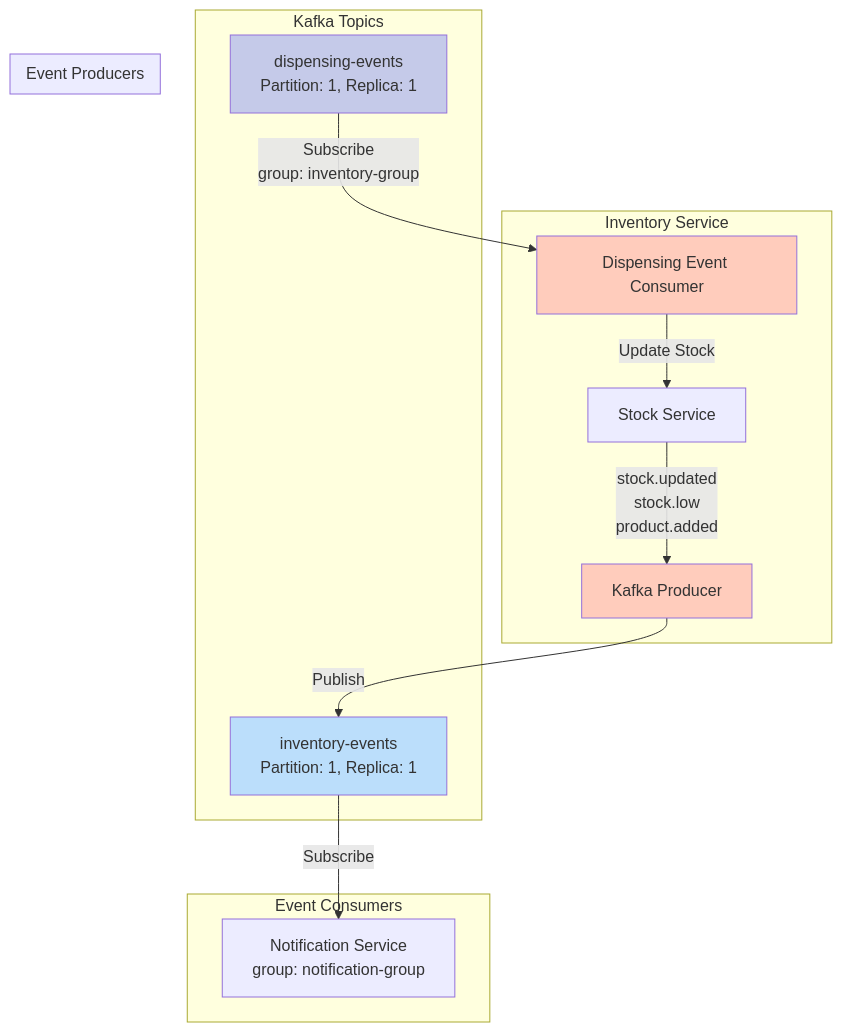
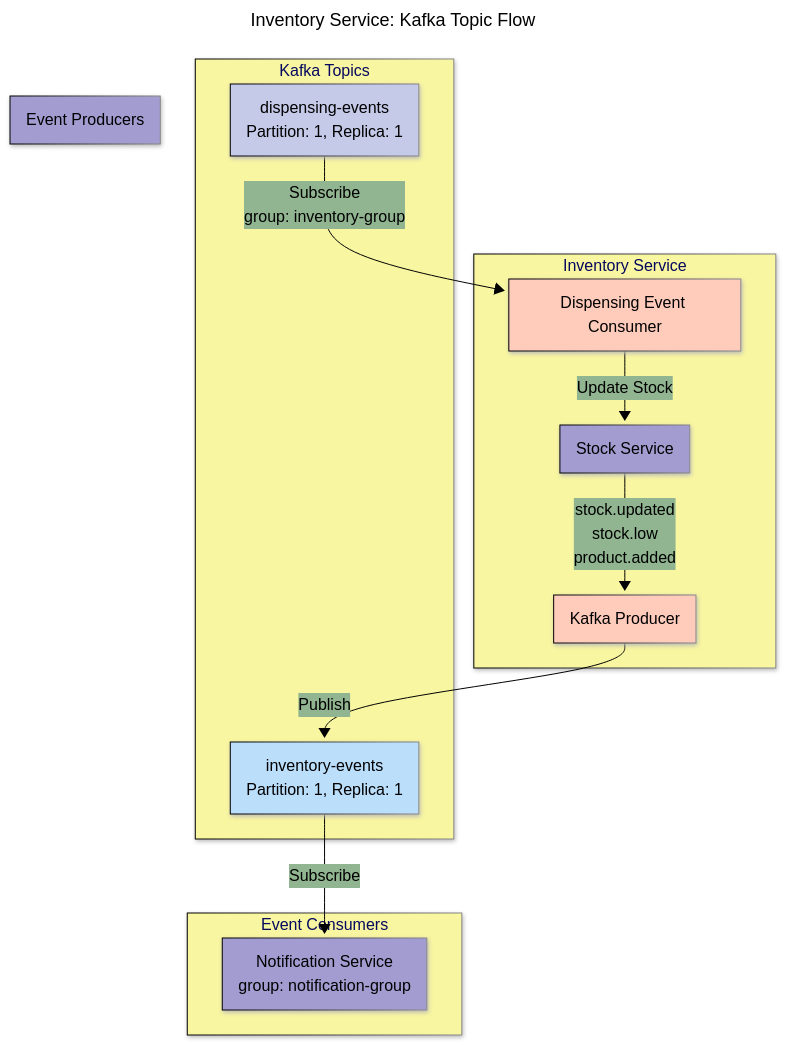
Before and after one commit to BrunoGil-AS/Vending-Machine-Microservices: the sixth of 9 diagrams in Documentation/diagrams/inventory-service.md, drawn with Mermaid. The commit also changed other lines of this file and 7 other files, not shown here.

Commit message:
docs: Update service diagrams with new configurations and titles

````diff
--- a/Documentation/diagrams/inventory-service.md
+++ b/Documentation/diagrams/inventory-service.md
@@ -302,33 +372,47 @@
 ```mermaid
+---
+config:
+  theme: base
+  themeVariables:
+    primaryColor: '#a39cd1ff'
+    primaryTextColor: '#000000'
+    secondaryTextColor: '#ffffffff'
+    primaryBorderColor: '#000000'
+    lineColor: '#000000ff'
+    secondaryColor: '#90b590ff'
+    tertiaryColor: '#f9f6a1ff'
+  look: neo
+title: 'Inventory Service: Kafka Topic Flow'
+---
 graph TB
     subgraph "Inventory Service"
         STOCK_SERVICE[Stock Service]
         KAFKA_PRODUCER[Kafka Producer]
         KAFKA_CONSUMER[Dispensing Event Consumer]
     end
 
     subgraph "Kafka Topics"
         INV_TOPIC[inventory-events<br/>Partition: 1, Replica: 1]
         DISP_TOPIC[dispensing-events<br/>Partition: 1, Replica: 1]
     end
 
     subgraph "Event Producers"
         STOCK_SERVICE -->|stock.updated<br/>stock.low<br/>product.added| KAFKA_PRODUCER
     end
 
     subgraph "Event Consumers"
         NOTIFICATION[Notification Service<br/>group: notification-group]
         KAFKA_CONSUMER
     end
 
     KAFKA_PRODUCER -->|Publish| INV_TOPIC
     INV_TOPIC -->|Subscribe| NOTIFICATION
 
     DISP_TOPIC -->|Subscribe<br/>group: inventory-group| KAFKA_CONSUMER
     KAFKA_CONSUMER -->|Update Stock| STOCK_SERVICE
 
     style KAFKA_PRODUCER fill:#ffccbc
     style KAFKA_CONSUMER fill:#ffccbc
     style INV_TOPIC fill:#bbdefb
     style DISP_TOPIC fill:#c5cae9
 ```
````
